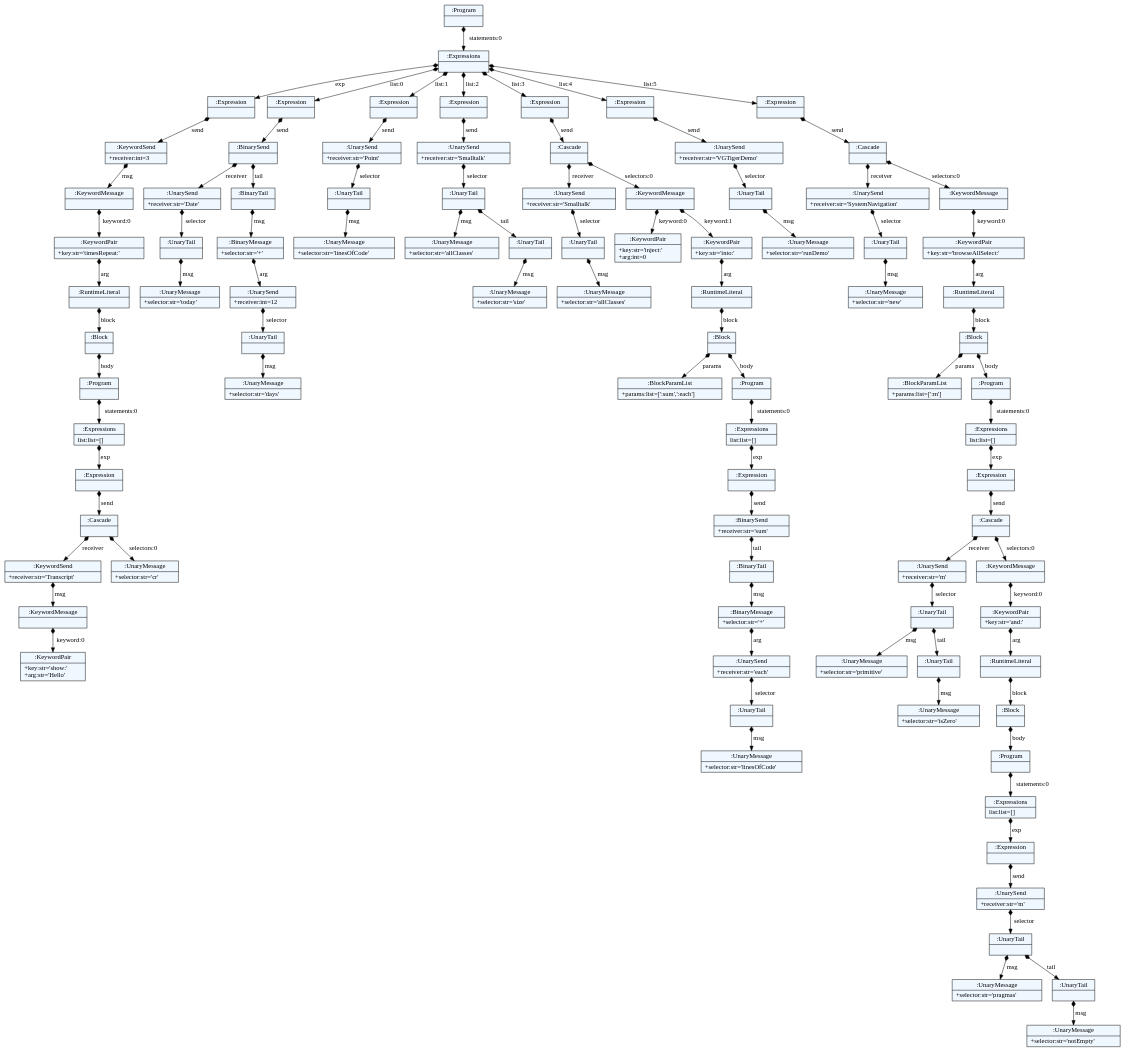
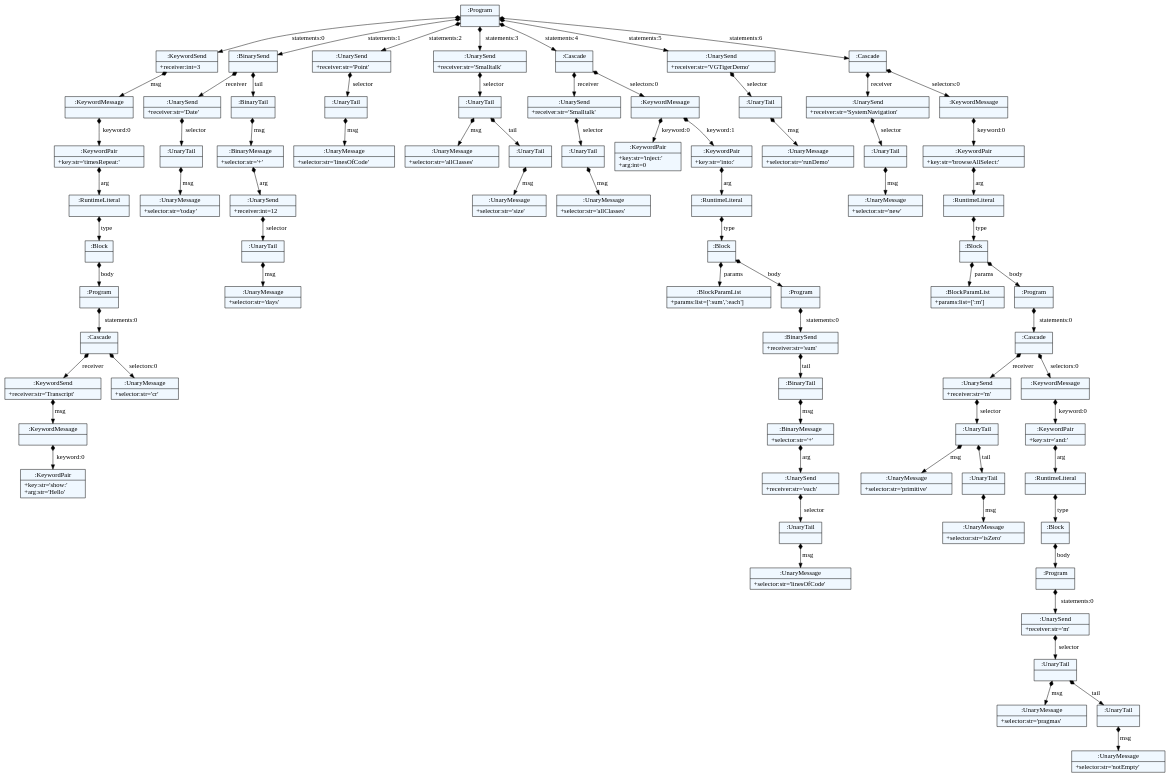
The diagram in parser/dot/complex.dot (spcnz/smalltalk-parser), drawn with Graphviz before and after one commit. The commit also changed 6093 other files, not shown here.

```diff
--- a/parser/dot/complex.dot
+++ b/parser/dot/complex.dot
@@ -11,186 +11,154 @@
     edge[dir=black,arrowtail=empty]
 
 
-2686559523336 -> 2686628567472 [label="statements:0" arrowtail=diamond dir=both]
-2686628567472 -> 2686599215312 [label="exp" arrowtail=diamond dir=both]
-2686599215312 -> 2686627700864 [label="send" arrowtail=diamond dir=both]
-2686627700864 -> 2686627702208 [label="msg" arrowtail=diamond dir=both]
-2686627702208 -> 2686627701032 [label="keyword:0" arrowtail=diamond dir=both]
-2686627701032 -> 2686627702544 [label="arg" arrowtail=diamond dir=both]
-2686627702544 -> 2686766426824 [label="block" arrowtail=diamond dir=both]
-2686766426824 -> 2686766426992 [label="body" arrowtail=diamond dir=both]
-2686766426992 -> 2686766427216 [label="statements:0" arrowtail=diamond dir=both]
-2686766427216 -> 2686766427328 [label="exp" arrowtail=diamond dir=both]
-2686766427328 -> 2686766427496 [label="send" arrowtail=diamond dir=both]
-2686766427496 -> 2686766427664 [label="receiver" arrowtail=diamond dir=both]
-2686766427664 -> 2686766427888 [label="msg" arrowtail=diamond dir=both]
-2686766427888 -> 2686766428000 [label="keyword:0" arrowtail=diamond dir=both]
-2686766428000[label="{:KeywordPair|+key:str='show:'\l+arg:str='Hello'\l}"]
-2686766427888[label="{:KeywordMessage|}"]
-2686766427664[label="{:KeywordSend|+receiver:str='Transcript'\l}"]
-2686766427496 -> 2686766427720 [label="selectors:0" arrowtail=diamond dir=both]
-2686766427720[label="{:UnaryMessage|+selector:str='cr'\l}"]
-2686766427496[label="{:Cascade|}"]
-2686766427328[label="{:Expression|}"]
-2686766427216[label="{:Expressions|list:list=[]\l}"]
-2686766426992[label="{:Program|}"]
-2686766426824[label="{:Block|}"]
-2686627702544[label="{:RuntimeLiteral|}"]
-2686627701032[label="{:KeywordPair|+key:str='timesRepeat:'\l}"]
-2686627702208[label="{:KeywordMessage|}"]
-2686627700864[label="{:KeywordSend|+receiver:int=3\l}"]
-2686599215312[label="{:Expression|}"]
-2686628567472 -> 2686599215144 [label="list:0" arrowtail=diamond dir=both]
-2686599215144 -> 2686627700920 [label="send" arrowtail=diamond dir=both]
-2686627700920 -> 2686627701928 [label="receiver" arrowtail=diamond dir=both]
-2686627701928 -> 2686627701816 [label="selector" arrowtail=diamond dir=both]
-2686627701816 -> 2686766427048 [label="msg" arrowtail=diamond dir=both]
-2686766427048[label="{:UnaryMessage|+selector:str='today'\l}"]
-2686627701816[label="{:UnaryTail|}"]
-2686627701928[label="{:UnarySend|+receiver:str='Date'\l}"]
-2686627700920 -> 2686627701424 [label="tail" arrowtail=diamond dir=both]
-2686627701424 -> 2686766426936 [label="msg" arrowtail=diamond dir=both]
-2686766426936 -> 2686766427272 [label="arg" arrowtail=diamond dir=both]
-2686766427272 -> 2686766427608 [label="selector" arrowtail=diamond dir=both]
-2686766427608 -> 2686766427832 [label="msg" arrowtail=diamond dir=both]
-2686766427832[label="{:UnaryMessage|+selector:str='days'\l}"]
-2686766427608[label="{:UnaryTail|}"]
-2686766427272[label="{:UnarySend|+receiver:int=12\l}"]
-2686766426936[label="{:BinaryMessage|+selector:str='+'\l}"]
-2686627701424[label="{:BinaryTail|}"]
-2686627700920[label="{:BinarySend|}"]
-2686599215144[label="{:Expression|}"]
-2686628567472 -> 2686627701088 [label="list:1" arrowtail=diamond dir=both]
-2686627701088 -> 2686627701144 [label="send" arrowtail=diamond dir=both]
-2686627701144 -> 2686766427160 [label="selector" arrowtail=diamond dir=both]
-2686766427160 -> 2686766427440 [label="msg" arrowtail=diamond dir=both]
-2686766427440[label="{:UnaryMessage|+selector:str='linesOfCode'\l}"]
-2686766427160[label="{:UnaryTail|}"]
-2686627701144[label="{:UnarySend|+receiver:str='Point'\l}"]
-2686627701088[label="{:Expression|}"]
-2686628567472 -> 2686627700808 [label="list:2" arrowtail=diamond dir=both]
-2686627700808 -> 2686766426880 [label="send" arrowtail=diamond dir=both]
-2686766426880 -> 2686766427776 [label="selector" arrowtail=diamond dir=both]
-2686766427776 -> 2686766428056 [label="msg" arrowtail=diamond dir=both]
-2686766428056[label="{:UnaryMessage|+selector:str='allClasses'\l}"]
-2686766427776 -> 2686766428112 [label="tail" arrowtail=diamond dir=both]
-2686766428112 -> 2686767681776 [label="msg" arrowtail=diamond dir=both]
-2686767681776[label="{:UnaryMessage|+selector:str='size'\l}"]
-2686766428112[label="{:UnaryTail|}"]
-2686766427776[label="{:UnaryTail|}"]
-2686766426880[label="{:UnarySend|+receiver:str='Smalltalk'\l}"]
-2686627700808[label="{:Expression|}"]
-2686628567472 -> 2686627700976 [label="list:3" arrowtail=diamond dir=both]
-2686627700976 -> 2686766427384 [label="send" arrowtail=diamond dir=both]
-2686766427384 -> 2686767681720 [label="receiver" arrowtail=diamond dir=both]
-2686767681720 -> 2686767682056 [label="selector" arrowtail=diamond dir=both]
-2686767682056 -> 2686767682112 [label="msg" arrowtail=diamond dir=both]
-2686767682112[label="{:UnaryMessage|+selector:str='allClasses'\l}"]
-2686767682056[label="{:UnaryTail|}"]
-2686767681720[label="{:UnarySend|+receiver:str='Smalltalk'\l}"]
-2686766427384 -> 2686767681832 [label="selectors:0" arrowtail=diamond dir=both]
-2686767681832 -> 2686767682000 [label="keyword:0" arrowtail=diamond dir=both]
-2686767682000[label="{:KeywordPair|+key:str='inject:'\l+arg:int=0\l}"]
-2686767681832 -> 2686767682168 [label="keyword:1" arrowtail=diamond dir=both]
-2686767682168 -> 2686767682448 [label="arg" arrowtail=diamond dir=both]
-2686767682448 -> 2686767682616 [label="block" arrowtail=diamond dir=both]
-2686767682616 -> 2686767682784 [label="params" arrowtail=diamond dir=both]
-2686767682784[label="{:BlockParamList|+params:list=[':sum',':each']\l}"]
-2686767682616 -> 2686767682840 [label="body" arrowtail=diamond dir=both]
-2686767682840 -> 2686767683400 [label="statements:0" arrowtail=diamond dir=both]
-2686767683400 -> 2686767683512 [label="exp" arrowtail=diamond dir=both]
-2686767683512 -> 2686767683680 [label="send" arrowtail=diamond dir=both]
-2686767683680 -> 2686767683904 [label="tail" arrowtail=diamond dir=both]
-2686767683904 -> 2686767684016 [label="msg" arrowtail=diamond dir=both]
-2686767684016 -> 2686767684240 [label="arg" arrowtail=diamond dir=both]
-2686767684240 -> 2686767684408 [label="selector" arrowtail=diamond dir=both]
-2686767684408 -> 2686767684520 [label="msg" arrowtail=diamond dir=both]
-2686767684520[label="{:UnaryMessage|+selector:str='linesOfCode'\l}"]
-2686767684408[label="{:UnaryTail|}"]
-2686767684240[label="{:UnarySend|+receiver:str='each'\l}"]
-2686767684016[label="{:BinaryMessage|+selector:str='+'\l}"]
-2686767683904[label="{:BinaryTail|}"]
-2686767683680[label="{:BinarySend|+receiver:str='sum'\l}"]
-2686767683512[label="{:Expression|}"]
-2686767683400[label="{:Expressions|list:list=[]\l}"]
-2686767682840[label="{:Program|}"]
-2686767682616[label="{:Block|}"]
-2686767682448[label="{:RuntimeLiteral|}"]
-2686767682168[label="{:KeywordPair|+key:str='into:'\l}"]
-2686767681832[label="{:KeywordMessage|}"]
-2686766427384[label="{:Cascade|}"]
-2686627700976[label="{:Expression|}"]
-2686628567472 -> 2686627702096 [label="list:4" arrowtail=diamond dir=both]
-2686627702096 -> 2686766427944 [label="send" arrowtail=diamond dir=both]
-2686766427944 -> 2686767682392 [label="selector" arrowtail=diamond dir=both]
-2686767682392 -> 2686767682560 [label="msg" arrowtail=diamond dir=both]
-2686767682560[label="{:UnaryMessage|+selector:str='runDemo'\l}"]
-2686767682392[label="{:UnaryTail|}"]
-2686766427944[label="{:UnarySend|+receiver:str='VGTigerDemo'\l}"]
-2686627702096[label="{:Expression|}"]
-2686628567472 -> 2686766427104 [label="list:5" arrowtail=diamond dir=both]
-2686766427104 -> 2686767681888 [label="send" arrowtail=diamond dir=both]
-2686767681888 -> 2686767682672 [label="receiver" arrowtail=diamond dir=both]
-2686767682672 -> 2686767683344 [label="selector" arrowtail=diamond dir=both]
-2686767683344 -> 2686767683568 [label="msg" arrowtail=diamond dir=both]
-2686767683568[label="{:UnaryMessage|+selector:str='new'\l}"]
-2686767683344[label="{:UnaryTail|}"]
-2686767682672[label="{:UnarySend|+receiver:str='SystemNavigation'\l}"]
-2686767681888 -> 2686767682728 [label="selectors:0" arrowtail=diamond dir=both]
-2686767682728 -> 2686767683456 [label="keyword:0" arrowtail=diamond dir=both]
-2686767683456 -> 2686767683792 [label="arg" arrowtail=diamond dir=both]
-2686767683792 -> 2686767684072 [label="block" arrowtail=diamond dir=both]
-2686767684072 -> 2686767684296 [label="params" arrowtail=diamond dir=both]
-2686767684296[label="{:BlockParamList|+params:list=[':m']\l}"]
-2686767684072 -> 2686767684352 [label="body" arrowtail=diamond dir=both]
-2686767684352 -> 2686767684688 [label="statements:0" arrowtail=diamond dir=both]
-2686767684688 -> 2686767684856 [label="exp" arrowtail=diamond dir=both]
-2686767684856 -> 2686767685024 [label="send" arrowtail=diamond dir=both]
-2686767685024 -> 2686767685192 [label="receiver" arrowtail=diamond dir=both]
-2686767685192 -> 2686767685416 [label="selector" arrowtail=diamond dir=both]
-2686767685416 -> 2686767685528 [label="msg" arrowtail=diamond dir=both]
-2686767685528[label="{:UnaryMessage|+selector:str='primitive'\l}"]
-2686767685416 -> 2686767685584 [label="tail" arrowtail=diamond dir=both]
-2686767685584 -> 2686767685760 [label="msg" arrowtail=diamond dir=both]
-2686767685760[label="{:UnaryMessage|+selector:str='isZero'\l}"]
-2686767685584[label="{:UnaryTail|}"]
-2686767685416[label="{:UnaryTail|}"]
-2686767685192[label="{:UnarySend|+receiver:str='m'\l}"]
-2686767685024 -> 2686767685248 [label="selectors:0" arrowtail=diamond dir=both]
-2686767685248 -> 2686767685472 [label="keyword:0" arrowtail=diamond dir=both]
-2686767685472 -> 2686767685928 [label="arg" arrowtail=diamond dir=both]
-2686767685928 -> 2686767686096 [label="block" arrowtail=diamond dir=both]
-2686767686096 -> 2686767686264 [label="body" arrowtail=diamond dir=both]
-2686767686264 -> 2686767686488 [label="statements:0" arrowtail=diamond dir=both]
-2686767686488 -> 2686767686600 [label="exp" arrowtail=diamond dir=both]
-2686767686600 -> 2686767686768 [label="send" arrowtail=diamond dir=both]
-2686767686768 -> 2686767686992 [label="selector" arrowtail=diamond dir=both]
-2686767686992 -> 2686767687104 [label="msg" arrowtail=diamond dir=both]
-2686767687104[label="{:UnaryMessage|+selector:str='pragmas'\l}"]
-2686767686992 -> 2686767687160 [label="tail" arrowtail=diamond dir=both]
-2686767687160 -> 2686767687272 [label="msg" arrowtail=diamond dir=both]
-2686767687272[label="{:UnaryMessage|+selector:str='notEmpty'\l}"]
-2686767687160[label="{:UnaryTail|}"]
-2686767686992[label="{:UnaryTail|}"]
-2686767686768[label="{:UnarySend|+receiver:str='m'\l}"]
-2686767686600[label="{:Expression|}"]
-2686767686488[label="{:Expressions|list:list=[]\l}"]
-2686767686264[label="{:Program|}"]
-2686767686096[label="{:Block|}"]
-2686767685928[label="{:RuntimeLiteral|}"]
-2686767685472[label="{:KeywordPair|+key:str='and:'\l}"]
-2686767685248[label="{:KeywordMessage|}"]
-2686767685024[label="{:Cascade|}"]
-2686767684856[label="{:Expression|}"]
-2686767684688[label="{:Expressions|list:list=[]\l}"]
-2686767684352[label="{:Program|}"]
-2686767684072[label="{:Block|}"]
-2686767683792[label="{:RuntimeLiteral|}"]
-2686767683456[label="{:KeywordPair|+key:str='browseAllSelect:'\l}"]
-2686767682728[label="{:KeywordMessage|}"]
-2686767681888[label="{:Cascade|}"]
-2686766427104[label="{:Expression|}"]
-2686628567472[label="{:Expressions|}"]
-2686559523336[label="{:Program|}"]
+2614580255824 -> 2614580254816 [label="statements:0" arrowtail=diamond dir=both]
+2614580254816 -> 2614520382968 [label="msg" arrowtail=diamond dir=both]
+2614520382968 -> 2614520382128 [label="keyword:0" arrowtail=diamond dir=both]
+2614520382128 -> 2614520381680 [label="arg" arrowtail=diamond dir=both]
+2614520381680 -> 2614520381904 [label="type" arrowtail=diamond dir=both]
+2614520381904 -> 2614520383528 [label="body" arrowtail=diamond dir=both]
+2614520383528 -> 2614520385320 [label="statements:0" arrowtail=diamond dir=both]
+2614520385320 -> 2614520384088 [label="receiver" arrowtail=diamond dir=both]
+2614520384088 -> 2614520384144 [label="msg" arrowtail=diamond dir=both]
+2614520384144 -> 2614520382856 [label="keyword:0" arrowtail=diamond dir=both]
+2614520382856[label="{:KeywordPair|+key:str='show:'\l+arg:str='Hello'\l}"]
+2614520384144[label="{:KeywordMessage|}"]
+2614520384088[label="{:KeywordSend|+receiver:str='Transcript'\l}"]
+2614520385320 -> 2614520384256 [label="selectors:0" arrowtail=diamond dir=both]
+2614520384256[label="{:UnaryMessage|+selector:str='cr'\l}"]
+2614520385320[label="{:Cascade|}"]
+2614520383528[label="{:Program|}"]
+2614520381904[label="{:Block|}"]
+2614520381680[label="{:RuntimeLiteral|}"]
+2614520382128[label="{:KeywordPair|+key:str='timesRepeat:'\l}"]
+2614520382968[label="{:KeywordMessage|}"]
+2614580254816[label="{:KeywordSend|+receiver:int=3\l}"]
+2614580255824 -> 2614520383136 [label="statements:1" arrowtail=diamond dir=both]
+2614520383136 -> 2614520383024 [label="receiver" arrowtail=diamond dir=both]
+2614520383024 -> 2614520382464 [label="selector" arrowtail=diamond dir=both]
+2614520382464 -> 2614520383864 [label="msg" arrowtail=diamond dir=both]
+2614520383864[label="{:UnaryMessage|+selector:str='today'\l}"]
+2614520382464[label="{:UnaryTail|}"]
+2614520383024[label="{:UnarySend|+receiver:str='Date'\l}"]
+2614520383136 -> 2614520382016 [label="tail" arrowtail=diamond dir=both]
+2614520382016 -> 2614520383192 [label="msg" arrowtail=diamond dir=both]
+2614520383192 -> 2614520383752 [label="arg" arrowtail=diamond dir=both]
+2614520383752 -> 2614520383080 [label="selector" arrowtail=diamond dir=both]
+2614520383080 -> 2614520381736 [label="msg" arrowtail=diamond dir=both]
+2614520381736[label="{:UnaryMessage|+selector:str='days'\l}"]
+2614520383080[label="{:UnaryTail|}"]
+2614520383752[label="{:UnarySend|+receiver:int=12\l}"]
+2614520383192[label="{:BinaryMessage|+selector:str='+'\l}"]
+2614520382016[label="{:BinaryTail|}"]
+2614520383136[label="{:BinarySend|}"]
+2614580255824 -> 2614520382912 [label="statements:2" arrowtail=diamond dir=both]
+2614520382912 -> 2614520384312 [label="selector" arrowtail=diamond dir=both]
+2614520384312 -> 2614520385432 [label="msg" arrowtail=diamond dir=both]
+2614520385432[label="{:UnaryMessage|+selector:str='linesOfCode'\l}"]
+2614520384312[label="{:UnaryTail|}"]
+2614520382912[label="{:UnarySend|+receiver:str='Point'\l}"]
+2614580255824 -> 2614520381792 [label="statements:3" arrowtail=diamond dir=both]
+2614520381792 -> 2614520382240 [label="selector" arrowtail=diamond dir=both]
+2614520382240 -> 2614520382688 [label="msg" arrowtail=diamond dir=both]
+2614520382688[label="{:UnaryMessage|+selector:str='allClasses'\l}"]
+2614520382240 -> 2614519955920 [label="tail" arrowtail=diamond dir=both]
+2614519955920 -> 2614519956536 [label="msg" arrowtail=diamond dir=both]
+2614519956536[label="{:UnaryMessage|+selector:str='size'\l}"]
+2614519955920[label="{:UnaryTail|}"]
+2614520382240[label="{:UnaryTail|}"]
+2614520381792[label="{:UnarySend|+receiver:str='Smalltalk'\l}"]
+2614580255824 -> 2614519957320 [label="statements:4" arrowtail=diamond dir=both]
+2614519957320 -> 2614519956256 [label="receiver" arrowtail=diamond dir=both]
+2614519956256 -> 2614556900768 [label="selector" arrowtail=diamond dir=both]
+2614556900768 -> 2614521901688 [label="msg" arrowtail=diamond dir=both]
+2614521901688[label="{:UnaryMessage|+selector:str='allClasses'\l}"]
+2614556900768[label="{:UnaryTail|}"]
+2614519956256[label="{:UnarySend|+receiver:str='Smalltalk'\l}"]
+2614519957320 -> 2614519955752 [label="selectors:0" arrowtail=diamond dir=both]
+2614519955752 -> 2614521904656 [label="keyword:0" arrowtail=diamond dir=both]
+2614521904656[label="{:KeywordPair|+key:str='inject:'\l+arg:int=0\l}"]
+2614519955752 -> 2614521902472 [label="keyword:1" arrowtail=diamond dir=both]
+2614521902472 -> 2614521901408 [label="arg" arrowtail=diamond dir=both]
+2614521901408 -> 2614521904992 [label="type" arrowtail=diamond dir=both]
+2614521904992 -> 2614521904264 [label="params" arrowtail=diamond dir=both]
+2614521904264[label="{:BlockParamList|+params:list=[':sum',':each']\l}"]
+2614521904992 -> 2614521901464 [label="body" arrowtail=diamond dir=both]
+2614521901464 -> 2614584197920 [label="statements:0" arrowtail=diamond dir=both]
+2614584197920 -> 2614584197640 [label="tail" arrowtail=diamond dir=both]
+2614584197640 -> 2614584199880 [label="msg" arrowtail=diamond dir=both]
+2614584199880 -> 2614584197864 [label="arg" arrowtail=diamond dir=both]
+2614584197864 -> 2614584200552 [label="selector" arrowtail=diamond dir=both]
+2614584200552 -> 2614584198592 [label="msg" arrowtail=diamond dir=both]
+2614584198592[label="{:UnaryMessage|+selector:str='linesOfCode'\l}"]
+2614584200552[label="{:UnaryTail|}"]
+2614584197864[label="{:UnarySend|+receiver:str='each'\l}"]
+2614584199880[label="{:BinaryMessage|+selector:str='+'\l}"]
+2614584197640[label="{:BinaryTail|}"]
+2614584197920[label="{:BinarySend|+receiver:str='sum'\l}"]
+2614521901464[label="{:Program|}"]
+2614521904992[label="{:Block|}"]
+2614521901408[label="{:RuntimeLiteral|}"]
+2614521902472[label="{:KeywordPair|+key:str='into:'\l}"]
+2614519955752[label="{:KeywordMessage|}"]
+2614519957320[label="{:Cascade|}"]
+2614580255824 -> 2614519956368 [label="statements:5" arrowtail=diamond dir=both]
+2614519956368 -> 2614535591416 [label="selector" arrowtail=diamond dir=both]
+2614535591416 -> 2614521904208 [label="msg" arrowtail=diamond dir=both]
+2614521904208[label="{:UnaryMessage|+selector:str='runDemo'\l}"]
+2614535591416[label="{:UnaryTail|}"]
+2614519956368[label="{:UnarySend|+receiver:str='VGTigerDemo'\l}"]
+2614580255824 -> 2614535591528 [label="statements:6" arrowtail=diamond dir=both]
+2614535591528 -> 2614521904824 [label="receiver" arrowtail=diamond dir=both]
+2614521904824 -> 2614521903200 [label="selector" arrowtail=diamond dir=both]
+2614521903200 -> 2614584200328 [label="msg" arrowtail=diamond dir=both]
+2614584200328[label="{:UnaryMessage|+selector:str='new'\l}"]
+2614521903200[label="{:UnaryTail|}"]
+2614521904824[label="{:UnarySend|+receiver:str='SystemNavigation'\l}"]
+2614535591528 -> 2614521905048 [label="selectors:0" arrowtail=diamond dir=both]
+2614521905048 -> 2614584201000 [label="keyword:0" arrowtail=diamond dir=both]
+2614584201000 -> 2614584197304 [label="arg" arrowtail=diamond dir=both]
+2614584197304 -> 2614584200720 [label="type" arrowtail=diamond dir=both]
+2614584200720 -> 2614584199432 [label="params" arrowtail=diamond dir=both]
+2614584199432[label="{:BlockParamList|+params:list=[':m']\l}"]
+2614584200720 -> 2614584200944 [label="body" arrowtail=diamond dir=both]
+2614584200944 -> 2614584199040 [label="statements:0" arrowtail=diamond dir=both]
+2614584199040 -> 2614584199320 [label="receiver" arrowtail=diamond dir=both]
+2614584199320 -> 2614584200608 [label="selector" arrowtail=diamond dir=both]
+2614584200608 -> 2614584198200 [label="msg" arrowtail=diamond dir=both]
+2614584198200[label="{:UnaryMessage|+selector:str='primitive'\l}"]
+2614584200608 -> 2614584200776 [label="tail" arrowtail=diamond dir=both]
+2614584200776 -> 2614584200160 [label="msg" arrowtail=diamond dir=both]
+2614584200160[label="{:UnaryMessage|+selector:str='isZero'\l}"]
+2614584200776[label="{:UnaryTail|}"]
+2614584200608[label="{:UnaryTail|}"]
+2614584199320[label="{:UnarySend|+receiver:str='m'\l}"]
+2614584199040 -> 2614584199824 [label="selectors:0" arrowtail=diamond dir=both]
+2614584199824 -> 2614584200216 [label="keyword:0" arrowtail=diamond dir=both]
+2614584200216 -> 2614584199096 [label="arg" arrowtail=diamond dir=both]
+2614584199096 -> 2614584200832 [label="type" arrowtail=diamond dir=both]
+2614584200832 -> 2614584198536 [label="body" arrowtail=diamond dir=both]
+2614584198536 -> 2614584198088 [label="statements:0" arrowtail=diamond dir=both]
+2614584198088 -> 2614584197248 [label="selector" arrowtail=diamond dir=both]
+2614584197248 -> 2614584197808 [label="msg" arrowtail=diamond dir=both]
+2614584197808[label="{:UnaryMessage|+selector:str='pragmas'\l}"]
+2614584197248 -> 2614584201112 [label="tail" arrowtail=diamond dir=both]
+2614584201112 -> 2614584198480 [label="msg" arrowtail=diamond dir=both]
+2614584198480[label="{:UnaryMessage|+selector:str='notEmpty'\l}"]
+2614584201112[label="{:UnaryTail|}"]
+2614584197248[label="{:UnaryTail|}"]
+2614584198088[label="{:UnarySend|+receiver:str='m'\l}"]
+2614584198536[label="{:Program|}"]
+2614584200832[label="{:Block|}"]
+2614584199096[label="{:RuntimeLiteral|}"]
+2614584200216[label="{:KeywordPair|+key:str='and:'\l}"]
+2614584199824[label="{:KeywordMessage|}"]
+2614584199040[label="{:Cascade|}"]
+2614584200944[label="{:Program|}"]
+2614584200720[label="{:Block|}"]
+2614584197304[label="{:RuntimeLiteral|}"]
+2614584201000[label="{:KeywordPair|+key:str='browseAllSelect:'\l}"]
+2614521905048[label="{:KeywordMessage|}"]
+2614535591528[label="{:Cascade|}"]
+2614580255824[label="{:Program|}"]
 
 }
```
